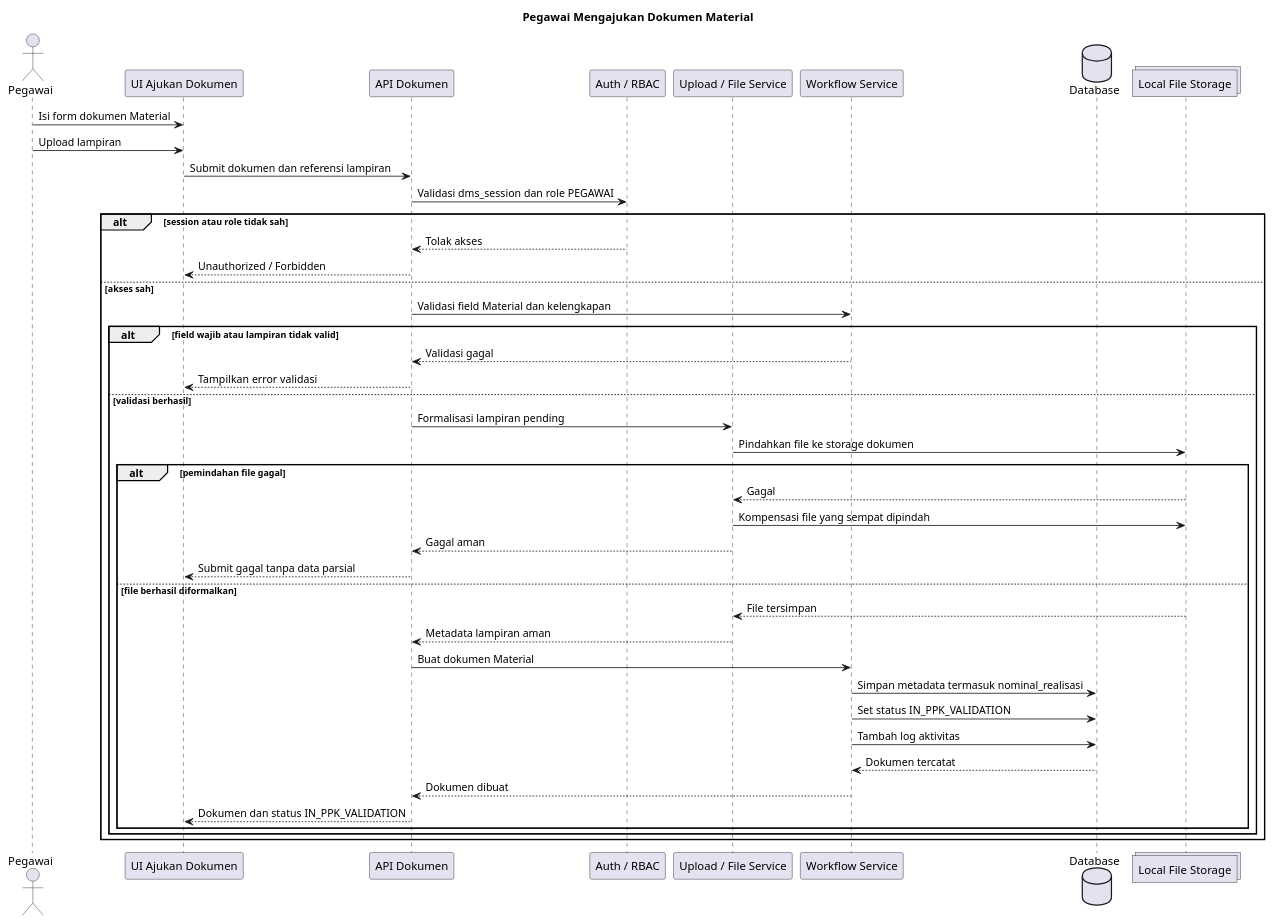
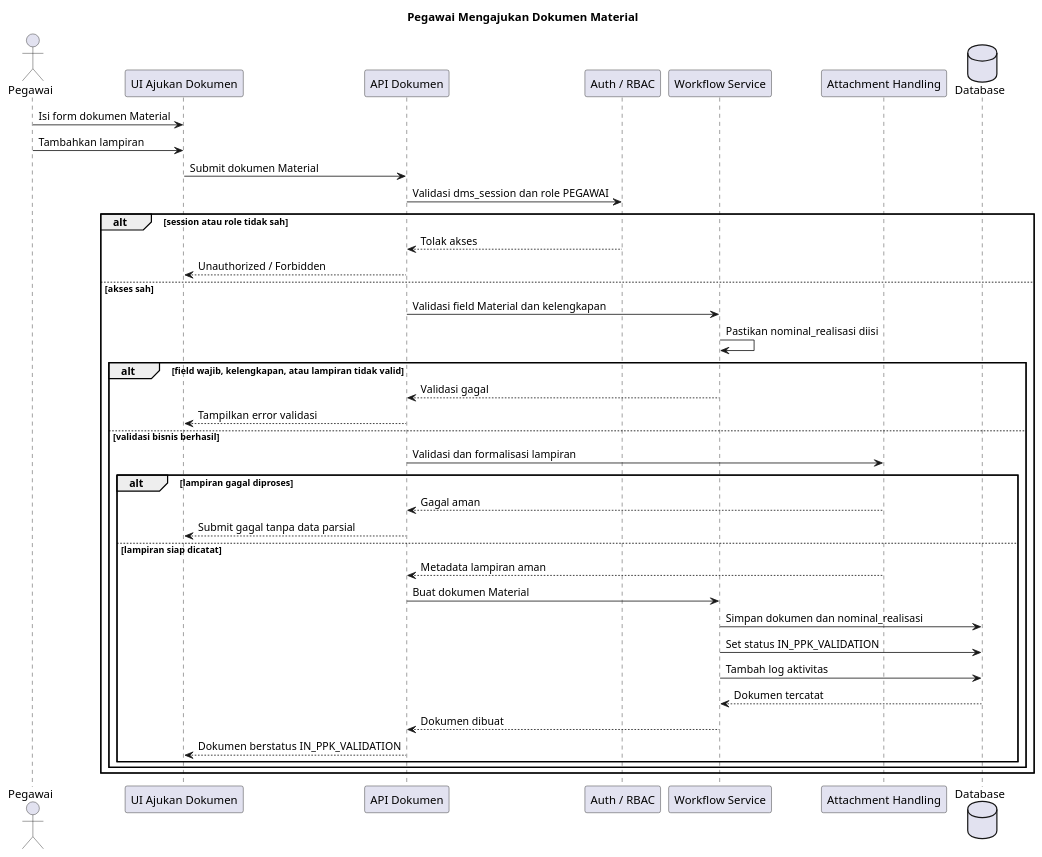
The diagram in docs/diagrams/sequences/pegawai-submit-material-sequence.puml (BingoAndBro/kepser-postgres-migration), drawn with PlantUML before and after one commit. The commit also changed 8 other files, not shown here.

Commit message:
Refine DMS PlantUML diagram sources

```diff
--- a/docs/diagrams/sequences/pegawai-submit-material-sequence.puml
+++ b/docs/diagrams/sequences/pegawai-submit-material-sequence.puml
@@ -1,48 +1,46 @@
 @startuml
 title Pegawai Mengajukan Dokumen Material
 
 actor "Pegawai" as Pegawai
 participant "UI Ajukan Dokumen" as UI
 participant "API Dokumen" as API
 participant "Auth / RBAC" as Auth
-participant "Upload / File Service" as FileSvc
 participant "Workflow Service" as Workflow
+participant "Attachment Handling" as Attachments
 database "Database" as DB
-collections "Local File Storage" as Storage
 
 Pegawai -> UI : Isi form dokumen Material
-Pegawai -> UI : Upload lampiran
-UI -> API : Submit dokumen dan referensi lampiran
+Pegawai -> UI : Tambahkan lampiran
+UI -> API : Submit dokumen Material
 API -> Auth : Validasi dms_session dan role PEGAWAI
 
 alt session atau role tidak sah
   Auth --> API : Tolak akses
   API --> UI : Unauthorized / Forbidden
 else akses sah
   API -> Workflow : Validasi field Material dan kelengkapan
-  alt field wajib atau lampiran tidak valid
+  Workflow -> Workflow : Pastikan nominal_realisasi diisi
+
+  alt field wajib, kelengkapan, atau lampiran tidak valid
     Workflow --> API : Validasi gagal
     API --> UI : Tampilkan error validasi
-  else validasi berhasil
-    API -> FileSvc : Formalisasi lampiran pending
-    FileSvc -> Storage : Pindahkan file ke storage dokumen
-    alt pemindahan file gagal
-      Storage --> FileSvc : Gagal
-      FileSvc -> Storage : Kompensasi file yang sempat dipindah
-      FileSvc --> API : Gagal aman
+  else validasi bisnis berhasil
+    API -> Attachments : Validasi dan formalisasi lampiran
+
+    alt lampiran gagal diproses
+      Attachments --> API : Gagal aman
       API --> UI : Submit gagal tanpa data parsial
-    else file berhasil diformalkan
-      Storage --> FileSvc : File tersimpan
-      FileSvc --> API : Metadata lampiran aman
+    else lampiran siap dicatat
+      Attachments --> API : Metadata lampiran aman
       API -> Workflow : Buat dokumen Material
-      Workflow -> DB : Simpan metadata termasuk nominal_realisasi
+      Workflow -> DB : Simpan dokumen dan nominal_realisasi
       Workflow -> DB : Set status IN_PPK_VALIDATION
       Workflow -> DB : Tambah log aktivitas
       DB --> Workflow : Dokumen tercatat
       Workflow --> API : Dokumen dibuat
-      API --> UI : Dokumen dan status IN_PPK_VALIDATION
+      API --> UI : Dokumen berstatus IN_PPK_VALIDATION
     end
   end
 end
 
 @enduml
```
